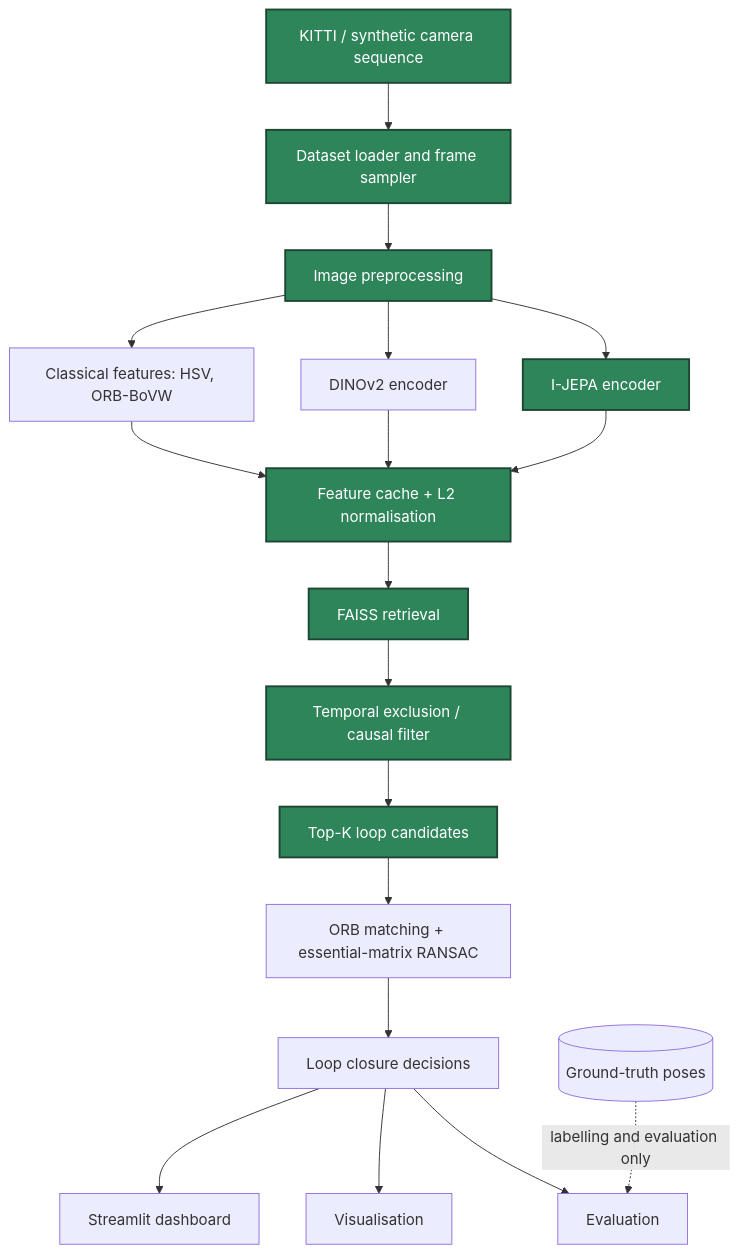
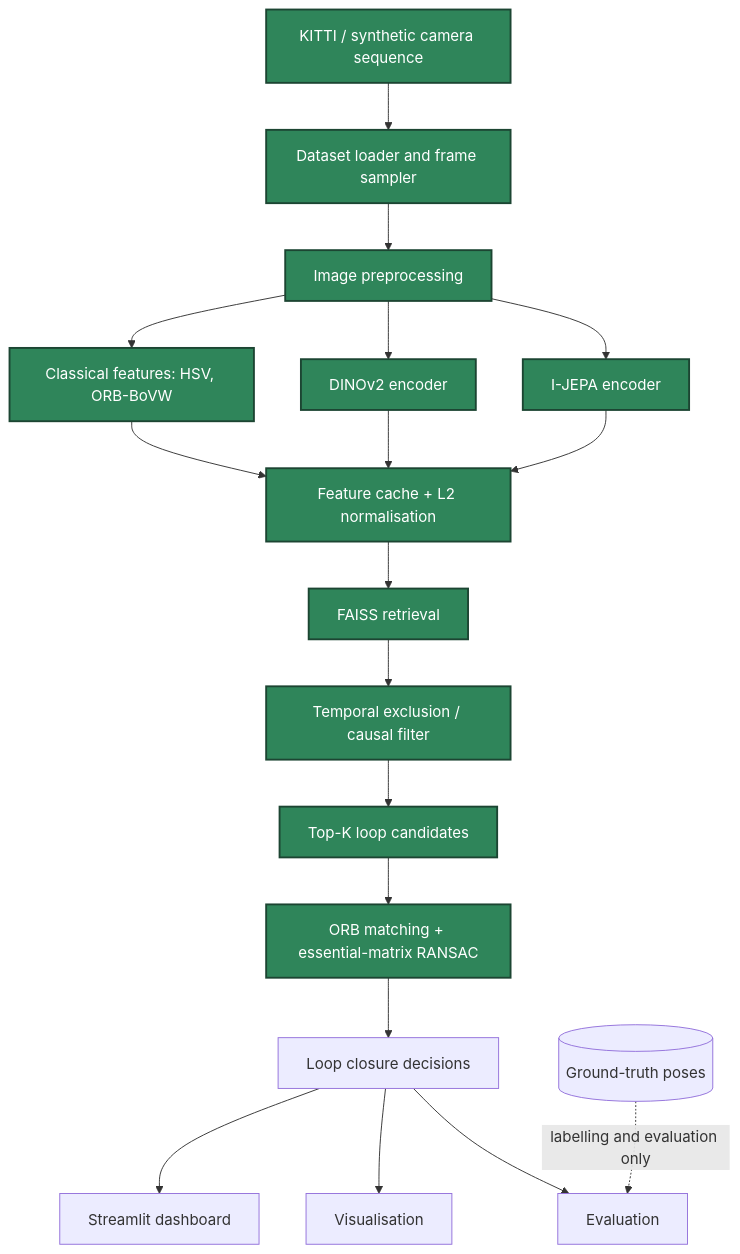
The first of 2 diagrams in README.md (harishnr93/jepa-slam), drawn with Mermaid before and after one commit. The commit also changed other lines of this file and 86 other files, not shown here.

````diff
--- a/README.md
+++ b/README.md
@@ -57,20 +64,20 @@
 ```mermaid
 flowchart TD
     A[KITTI / synthetic camera sequence] --> B[Dataset loader and frame sampler]
     B --> C[Image preprocessing]
     C --> D1[I-JEPA encoder]
     C --> D2[DINOv2 encoder]
     C --> D3[Classical features: HSV, ORB-BoVW]
     D1 & D2 & D3 --> E[Feature cache + L2 normalisation]
     E --> F[FAISS retrieval]
     F --> G[Temporal exclusion / causal filter]
     G --> H[Top-K loop candidates]
     H --> I[ORB matching + essential-matrix RANSAC]
     I --> J[Loop closure decisions]
     J --> K1[Evaluation]
     J --> K2[Visualisation]
     J --> K3[Streamlit dashboard]
     GT[(Ground-truth poses)] -. labelling and evaluation only .-> K1
     classDef done fill:#2f855a,stroke:#1c4532,color:#ffffff,stroke-width:2px
-    class A,B,C,D1,E,F,G,H done
+    class A,B,C,D1,D2,D3,E,F,G,H,I done
 ```
````
